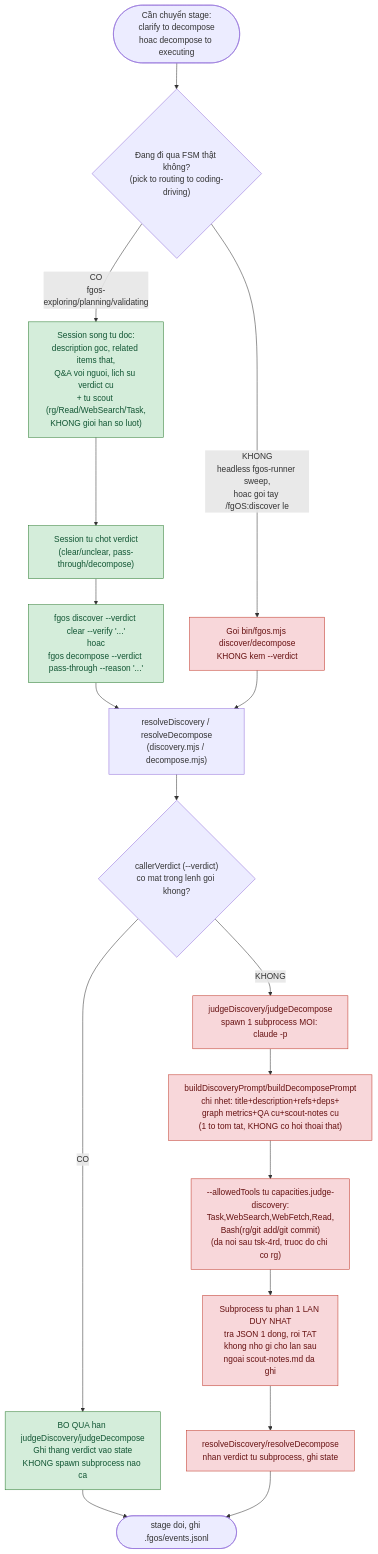
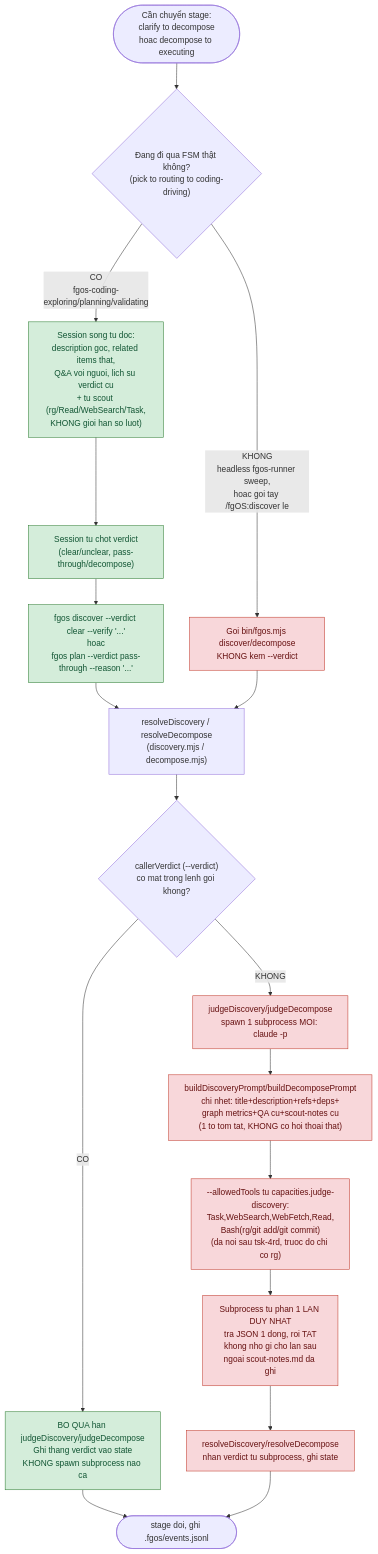
The second of 2 diagrams in plans/reports/internal-research-260804-0815-superpowers-obra-lifecycle-diagram-report.md (vantt/forgent), drawn with Mermaid before and after one commit. The commit also changed other lines of this file and 671 other files, not shown here.

````diff
--- a/plans/reports/internal-research-260804-0815-superpowers-obra-lifecycle-diagram-report.md
+++ b/plans/reports/internal-research-260804-0815-superpowers-obra-lifecycle-diagram-report.md
@@ -164,33 +164,33 @@
 ```mermaid
 flowchart TD
     Start(["Cần chuyển stage:<br/>clarify to decompose<br/>hoac decompose to executing"]) --> Q1{"Đang đi qua FSM thật không?<br/>(pick to routing to coding-driving)"}
 
-    Q1 -->|"CO<br/>fgos-exploring/planning/validating"| Live["Session song tu doc:<br/>description goc, related items that,<br/>Q&amp;A voi nguoi, lich su verdict cu<br/>+ tu scout (rg/Read/WebSearch/Task,<br/>KHONG gioi han so luot)"]
+    Q1 -->|"CO<br/>fgos-coding-exploring/planning/validating"| Live["Session song tu doc:<br/>description goc, related items that,<br/>Q&amp;A voi nguoi, lich su verdict cu<br/>+ tu scout (rg/Read/WebSearch/Task,<br/>KHONG gioi han so luot)"]
 
     Q1 -->|"KHONG<br/>headless fgos-runner sweep,<br/>hoac goi tay /fgOS:discover le"| Blind1["Goi bin/fgos.mjs discover/decompose<br/>KHONG kem --verdict"]
 
     Live --> Verdict["Session tu chot verdict<br/>(clear/unclear, pass-through/decompose)"]
-    Verdict --> CallVerb["fgos discover --verdict clear --verify '...'<br/>hoac<br/>fgos decompose --verdict pass-through --reason '...'"]
+    Verdict --> CallVerb["fgos discover --verdict clear --verify '...'<br/>hoac<br/>fgos plan --verdict pass-through --reason '...'"]
 
     CallVerb --> Resolve["resolveDiscovery / resolveDecompose<br/>(discovery.mjs / decompose.mjs)"]
     Blind1 --> Resolve
 
     Resolve --> Q2{"callerVerdict (--verdict)<br/>co mat trong lenh goi khong?"}
 
     Q2 -->|"CO"| Skip["BO QUA han judgeDiscovery/judgeDecompose<br/>Ghi thang verdict vao state<br/>KHONG spawn subprocess nao ca"]
 
     Q2 -->|"KHONG"| Spawn["judgeDiscovery/judgeDecompose<br/>spawn 1 subprocess MOI: claude -p"]
 
     Spawn --> Prompt["buildDiscoveryPrompt/buildDecomposePrompt<br/>chi nhet: title+description+refs+deps+<br/>graph metrics+QA cu+scout-notes cu<br/>(1 to tom tat, KHONG co hoi thoai that)"]
     Prompt --> SubTools["--allowedTools tu capacities.judge-discovery:<br/>Task,WebSearch,WebFetch,Read,<br/>Bash(rg/git add/git commit)<br/>(da noi sau tsk-4rd, truoc do chi co rg)"]
     SubTools --> SubVerdict["Subprocess tu phan 1 LAN DUY NHAT<br/>tra JSON 1 dong, roi TAT<br/>khong nho gi cho lan sau<br/>ngoai scout-notes.md da ghi"]
     SubVerdict --> Resolve2["resolveDiscovery/resolveDecompose<br/>nhan verdict tu subprocess, ghi state"]
 
     Skip --> Done(["stage doi, ghi .fgos/events.jsonl"])
     Resolve2 --> Done
 
     classDef blind fill:#f8d7da,stroke:#c0392b,color:#611
     classDef live fill:#d4edda,stroke:#2e7d32,color:#153
     class Blind1,Spawn,Prompt,SubTools,SubVerdict,Resolve2 blind
     class Live,Verdict,CallVerb,Skip live
 ```
````
